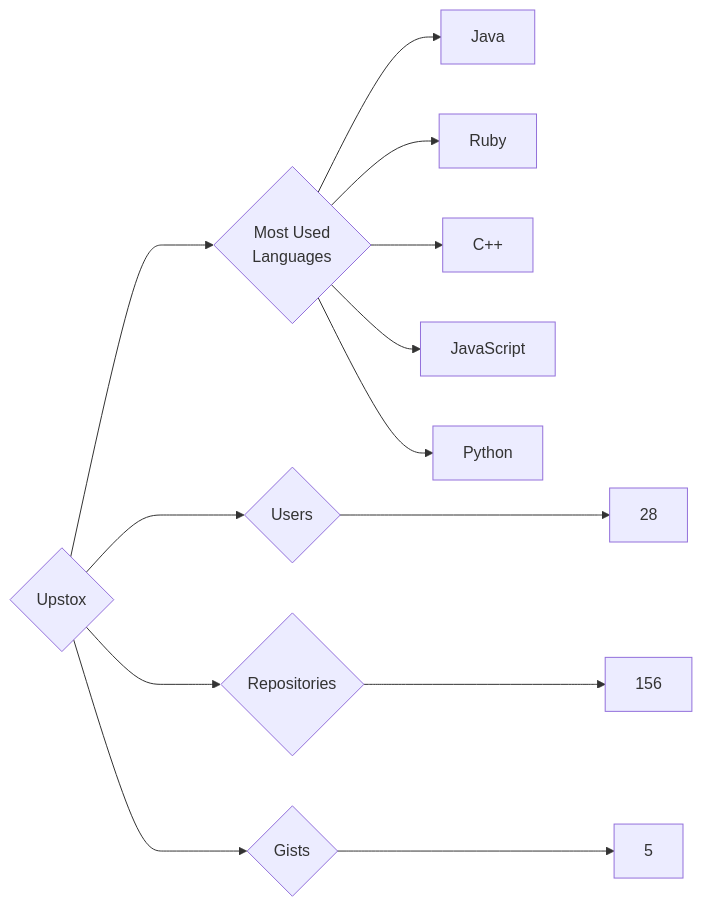
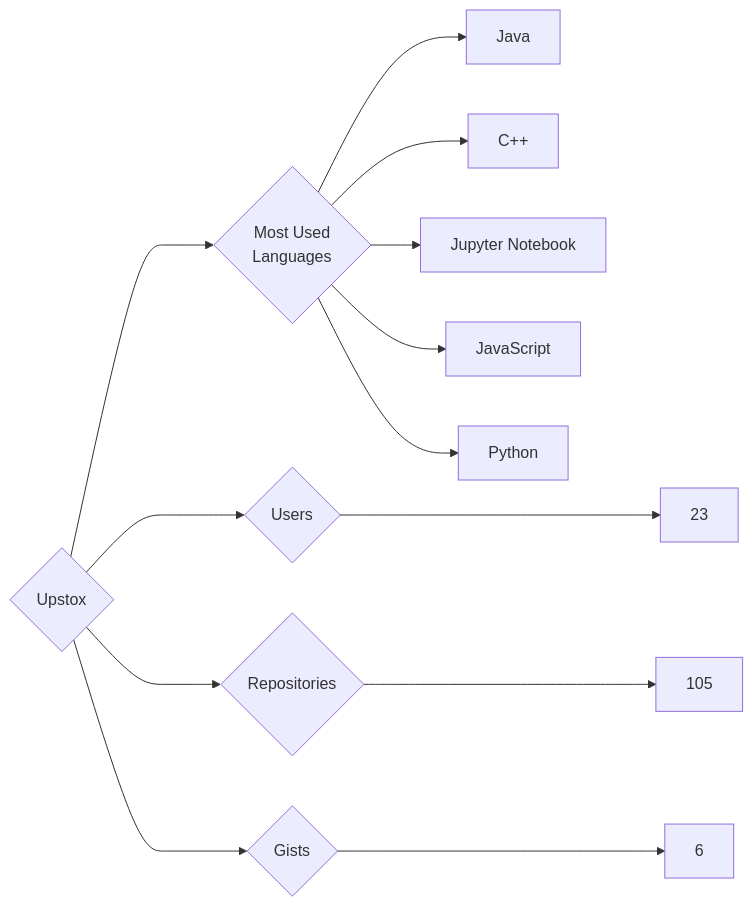
Before and after one commit to trickest/insiders: the diagram in targets/Upstox/README.md, drawn with Mermaid. The commit also changed 964 other files, not shown here.

````diff
--- a/targets/Upstox/README.md
+++ b/targets/Upstox/README.md
@@ -3,13 +3,13 @@
 ```mermaid
 graph LR
 COMPANY_NAME{Upstox}
-COMPANY_NAME ---> U{Users} ---> UN[28]
-COMPANY_NAME ---> R{Repositories} ---> RN[156]
-COMPANY_NAME ---> G{Gists} ---> GN[5]
+COMPANY_NAME ---> U{Users} ---> UN[23]
+COMPANY_NAME ---> R{Repositories} ---> RN[105]
+COMPANY_NAME ---> G{Gists} ---> GN[6]
 COMPANY_NAME ---> ML{Most Used<br>Languages}
 ML --> Java[Java]
-ML --> Ruby[Ruby]
 ML --> C++[C++]
+ML --> Jupyter_Notebook[Jupyter Notebook]
 ML --> JavaScript[JavaScript]
 ML --> Python[Python]
 ```
````
